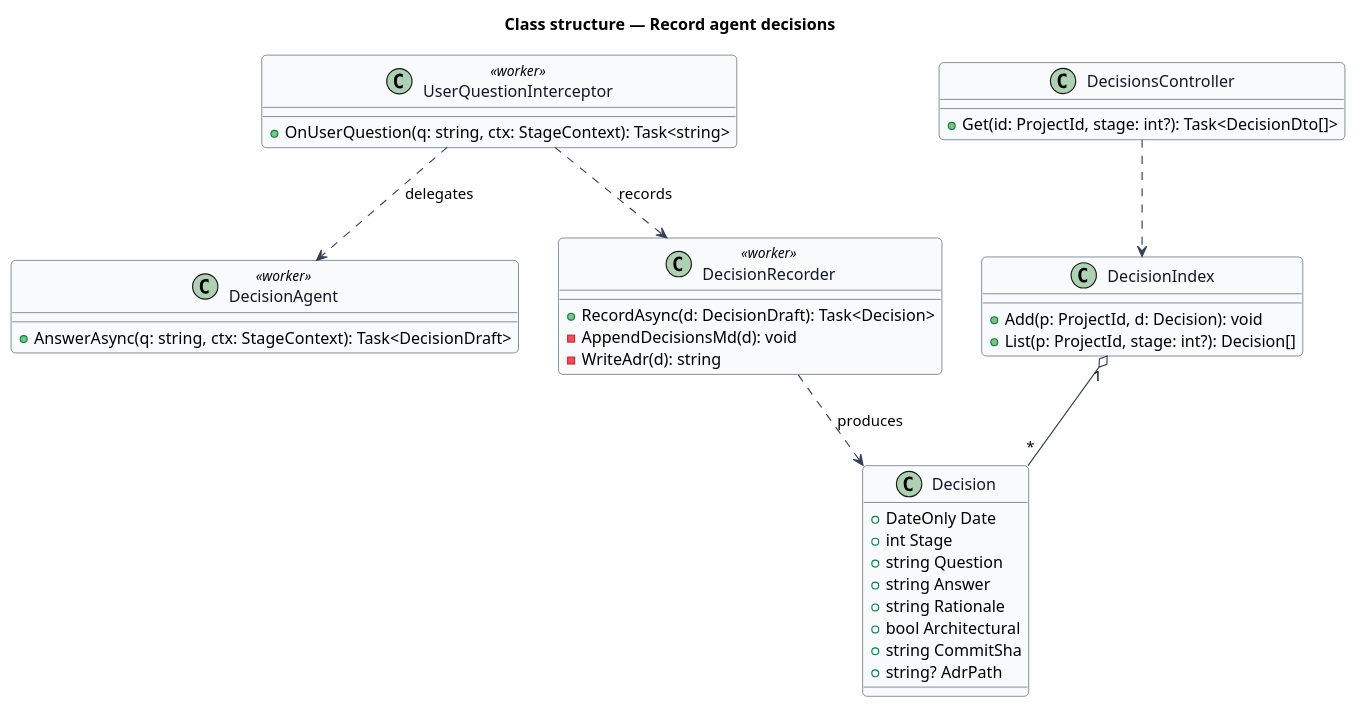
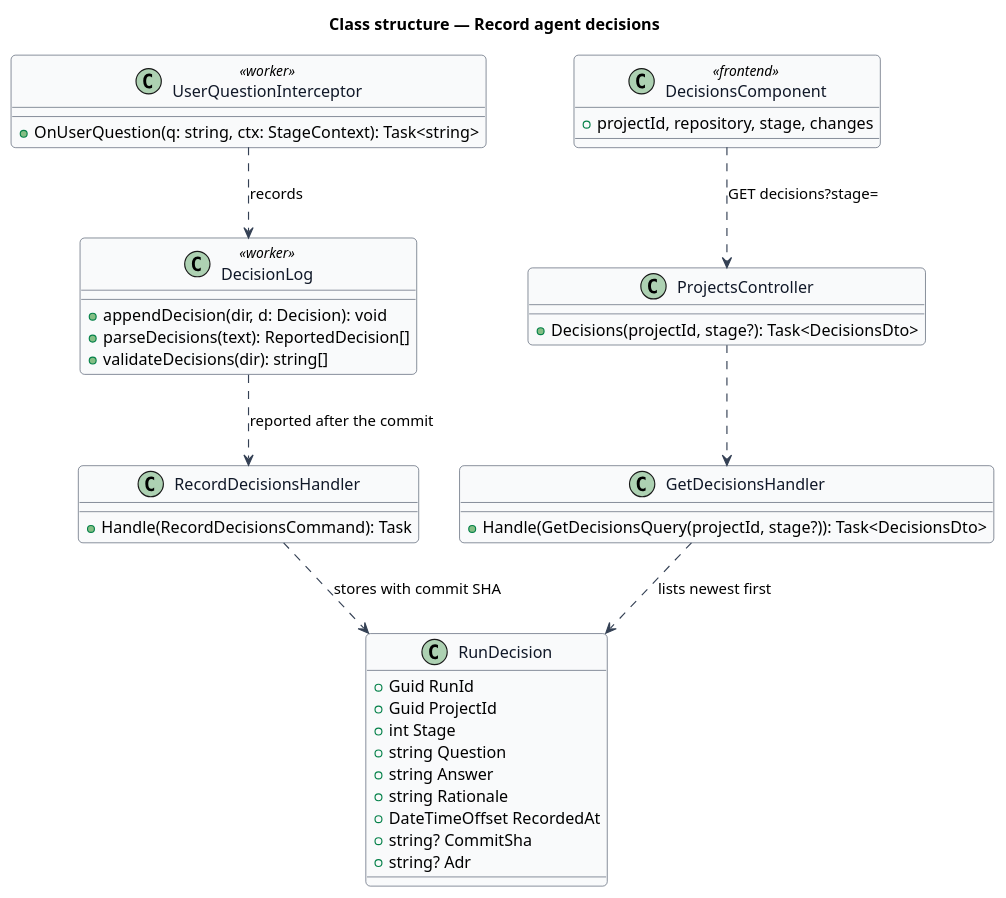
The diagram in docs/detailed-designs/pipeline/record-decisions/diagrams/class-structure.puml (QuinntyneBrown/hewn), drawn with PlantUML before and after one commit. The commit also changed 66 other files, not shown here.

First line of the commit message:
Review agent decisions (journey 18, L2-054) (#26)

```diff
--- a/docs/detailed-designs/pipeline/record-decisions/diagrams/class-structure.puml
+++ b/docs/detailed-designs/pipeline/record-decisions/diagrams/class-structure.puml
@@ -1,47 +1,51 @@
 @startuml
 skinparam backgroundColor #FFFFFF
 skinparam shadowing false
 skinparam roundcorner 8
 skinparam defaultFontName Arial
 skinparam ArrowColor #344054
 skinparam class {
   BorderColor #344054
   FontColor #101828
   BackgroundColor #F9FAFB
 }
 title Class structure — Record agent decisions
 
-class Decision {
-  +DateOnly Date
+class RunDecision {
+  +Guid RunId
+  +Guid ProjectId
   +int Stage
   +string Question
   +string Answer
   +string Rationale
-  +bool Architectural
-  +string CommitSha
-  +string? AdrPath
+  +DateTimeOffset RecordedAt
+  +string? CommitSha
+  +string? Adr
 }
 class UserQuestionInterceptor <<worker>> {
   +OnUserQuestion(q: string, ctx: StageContext): Task<string>
 }
-class DecisionAgent <<worker>> {
-  +AnswerAsync(q: string, ctx: StageContext): Task<DecisionDraft>
+class DecisionLog <<worker>> {
+  +appendDecision(dir, d: Decision): void
+  +parseDecisions(text): ReportedDecision[]
+  +validateDecisions(dir): string[]
 }
-class DecisionRecorder <<worker>> {
-  +RecordAsync(d: DecisionDraft): Task<Decision>
-  -AppendDecisionsMd(d): void
-  -WriteAdr(d): string
+class RecordDecisionsHandler {
+  +Handle(RecordDecisionsCommand): Task
 }
-class DecisionIndex {
-  +Add(p: ProjectId, d: Decision): void
-  +List(p: ProjectId, stage: int?): Decision[]
+class GetDecisionsHandler {
+  +Handle(GetDecisionsQuery(projectId, stage?)): Task<DecisionsDto>
 }
-class DecisionsController {
-  +Get(id: ProjectId, stage: int?): Task<DecisionDto[]>
+class ProjectsController {
+  +Decisions(projectId, stage?): Task<DecisionsDto>
 }
-UserQuestionInterceptor ..> DecisionAgent : delegates
-UserQuestionInterceptor ..> DecisionRecorder : records
-DecisionRecorder ..> Decision : produces
-DecisionIndex "1" o-- "*" Decision
-DecisionsController ..> DecisionIndex
+class DecisionsComponent <<frontend>> {
+  +projectId, repository, stage, changes
+}
+UserQuestionInterceptor ..> DecisionLog : records
+DecisionLog ..> RecordDecisionsHandler : reported after the commit
+RecordDecisionsHandler ..> RunDecision : stores with commit SHA
+GetDecisionsHandler ..> RunDecision : lists newest first
+ProjectsController ..> GetDecisionsHandler
+DecisionsComponent ..> ProjectsController : GET decisions?stage=
 @enduml
```
